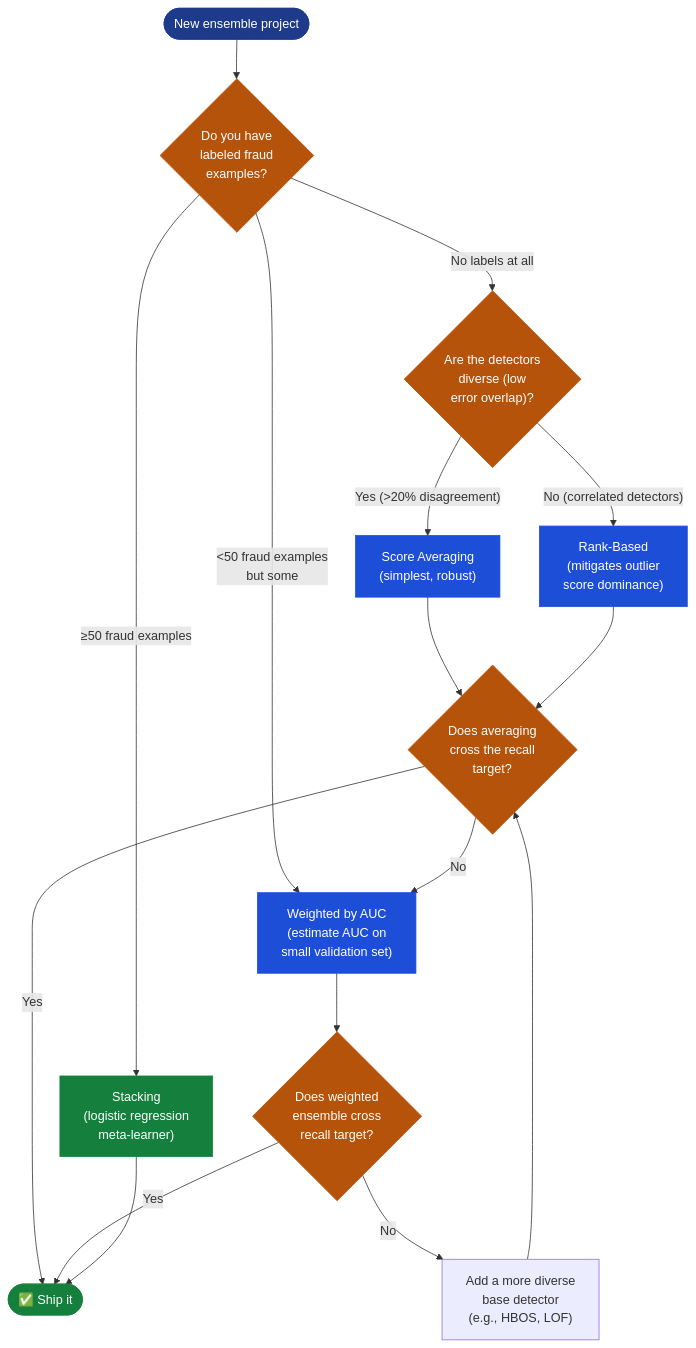
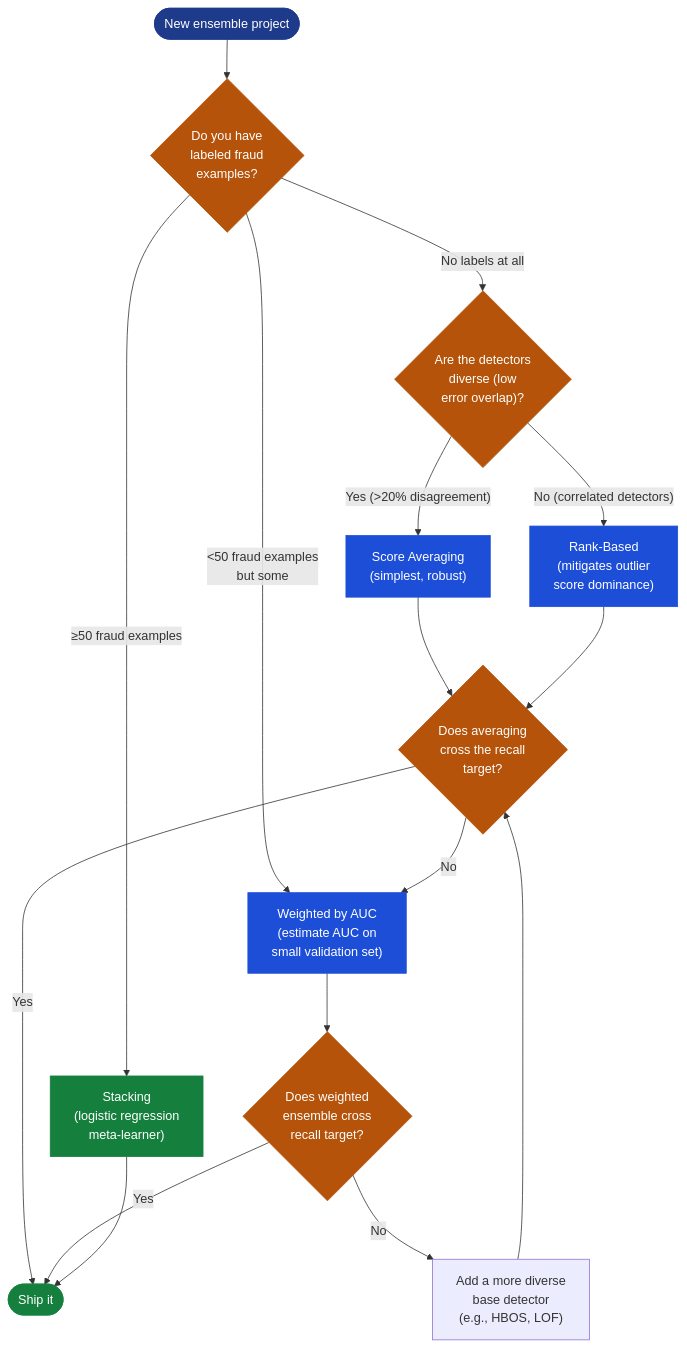
One commit to dsgouda7/ai-portfolio changed the fourth of 4 diagrams in notes/01-ml/05-anomaly-detection/ch05_ensemble_anomaly/README.md. Above: the diagram before and after it, drawn with Mermaid. The commit also changed other lines of this file and 179 other files, not shown here.

````diff
--- a/notes/01-ml/05-anomaly-detection/ch05_ensemble_anomaly/README.md
+++ b/notes/01-ml/05-anomaly-detection/ch05_ensemble_anomaly/README.md
@@ -575,34 +575,34 @@
 ```mermaid
 flowchart TD
-    START(["New ensemble project"]) --> LABELS{"Do you have\nlabeled fraud\nexamples?"}
+ START(["New ensemble project"]) --> LABELS{"Do you have\nlabeled fraud\nexamples?"}
 
-    LABELS -->|"No labels at all"| DIVERSE{"Are the detectors\ndiverse (low\nerror overlap)?"}
-    LABELS -->|"≥50 fraud examples"| STACK["Stacking\n(logistic regression\nmeta-learner)"]
-    LABELS -->|"<50 fraud examples\nbut some"| AUC_W["Weighted by AUC\n(estimate AUC on\nsmall validation set)"]
+ LABELS -->|"No labels at all"| DIVERSE{"Are the detectors\ndiverse (low\nerror overlap)?"}
+ LABELS -->|"≥50 fraud examples"| STACK["Stacking\n(logistic regression\nmeta-learner)"]
+ LABELS -->|"<50 fraud examples\nbut some"| AUC_W["Weighted by AUC\n(estimate AUC on\nsmall validation set)"]
 
-    DIVERSE -->|"Yes (>20% disagreement)"| AVG["Score Averaging\n(simplest, robust)"]
-    DIVERSE -->|"No (correlated detectors)"| RANK["Rank-Based\n(mitigates outlier\nscore dominance)"]
+ DIVERSE -->|"Yes (>20% disagreement)"| AVG["Score Averaging\n(simplest, robust)"]
+ DIVERSE -->|"No (correlated detectors)"| RANK["Rank-Based\n(mitigates outlier\nscore dominance)"]
 
-    AVG --> CHECK{"Does averaging\ncross the recall\ntarget?"}
-    RANK --> CHECK
-    CHECK -->|"Yes"| DONE(["✅ Ship it"])
-    CHECK -->|"No"| AUC_W
+ AVG --> CHECK{"Does averaging\ncross the recall\ntarget?"}
+ RANK --> CHECK
+ CHECK -->|"Yes"| DONE([" Ship it"])
+ CHECK -->|"No"| AUC_W
 
-    AUC_W --> CHECK2{"Does weighted\nensemble cross\nrecall target?"}
-    CHECK2 -->|"Yes"| DONE
-    CHECK2 -->|"No"| ADD["Add a more diverse\nbase detector\n(e.g., HBOS, LOF)"]
-    ADD --> CHECK
+ AUC_W --> CHECK2{"Does weighted\nensemble cross\nrecall target?"}
+ CHECK2 -->|"Yes"| DONE
+ CHECK2 -->|"No"| ADD["Add a more diverse\nbase detector\n(e.g., HBOS, LOF)"]
+ ADD --> CHECK
 
-    STACK --> DONE
+ STACK --> DONE
 
-    style START fill:#1e3a8a,color:#fff,stroke:#1e3a8a
-    style DONE fill:#15803d,color:#fff,stroke:#15803d
-    style LABELS fill:#b45309,color:#fff,stroke:#b45309
-    style DIVERSE fill:#b45309,color:#fff,stroke:#b45309
-    style CHECK fill:#b45309,color:#fff,stroke:#b45309
-    style CHECK2 fill:#b45309,color:#fff,stroke:#b45309
-    style AVG fill:#1d4ed8,color:#fff,stroke:#1d4ed8
-    style RANK fill:#1d4ed8,color:#fff,stroke:#1d4ed8
-    style AUC_W fill:#1d4ed8,color:#fff,stroke:#1d4ed8
-    style STACK fill:#15803d,color:#fff,stroke:#15803d
+ style START fill:#1e3a8a,color:#fff,stroke:#1e3a8a
+ style DONE fill:#15803d,color:#fff,stroke:#15803d
+ style LABELS fill:#b45309,color:#fff,stroke:#b45309
+ style DIVERSE fill:#b45309,color:#fff,stroke:#b45309
+ style CHECK fill:#b45309,color:#fff,stroke:#b45309
+ style CHECK2 fill:#b45309,color:#fff,stroke:#b45309
+ style AVG fill:#1d4ed8,color:#fff,stroke:#1d4ed8
+ style RANK fill:#1d4ed8,color:#fff,stroke:#1d4ed8
+ style AUC_W fill:#1d4ed8,color:#fff,stroke:#1d4ed8
+ style STACK fill:#15803d,color:#fff,stroke:#15803d
 ```
````
